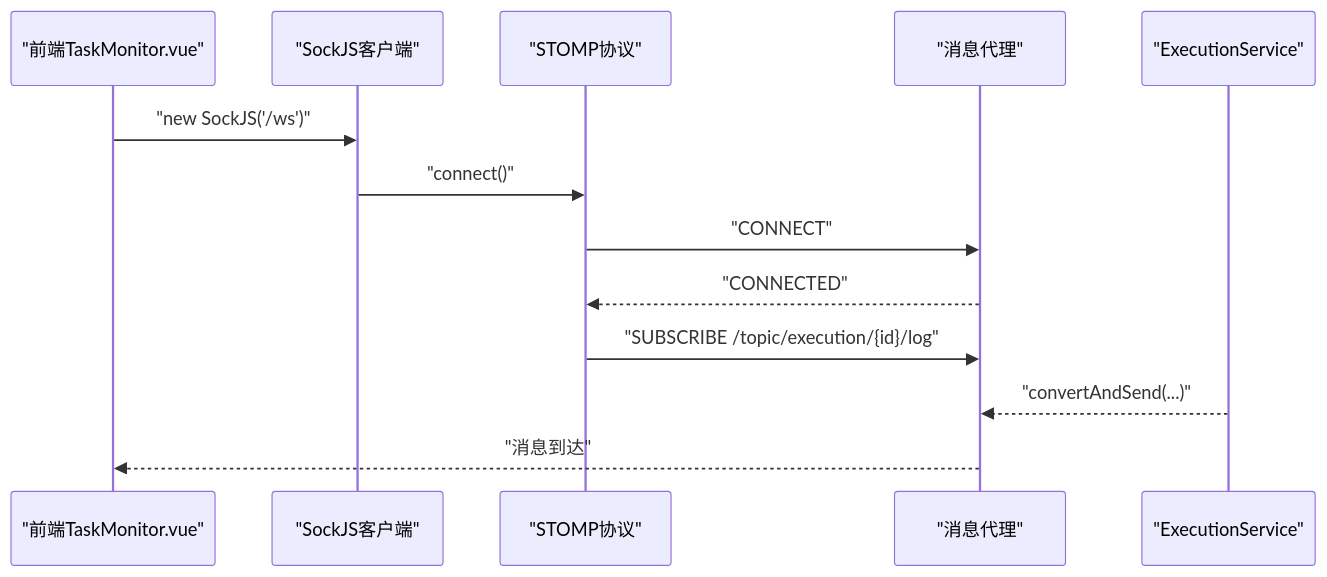
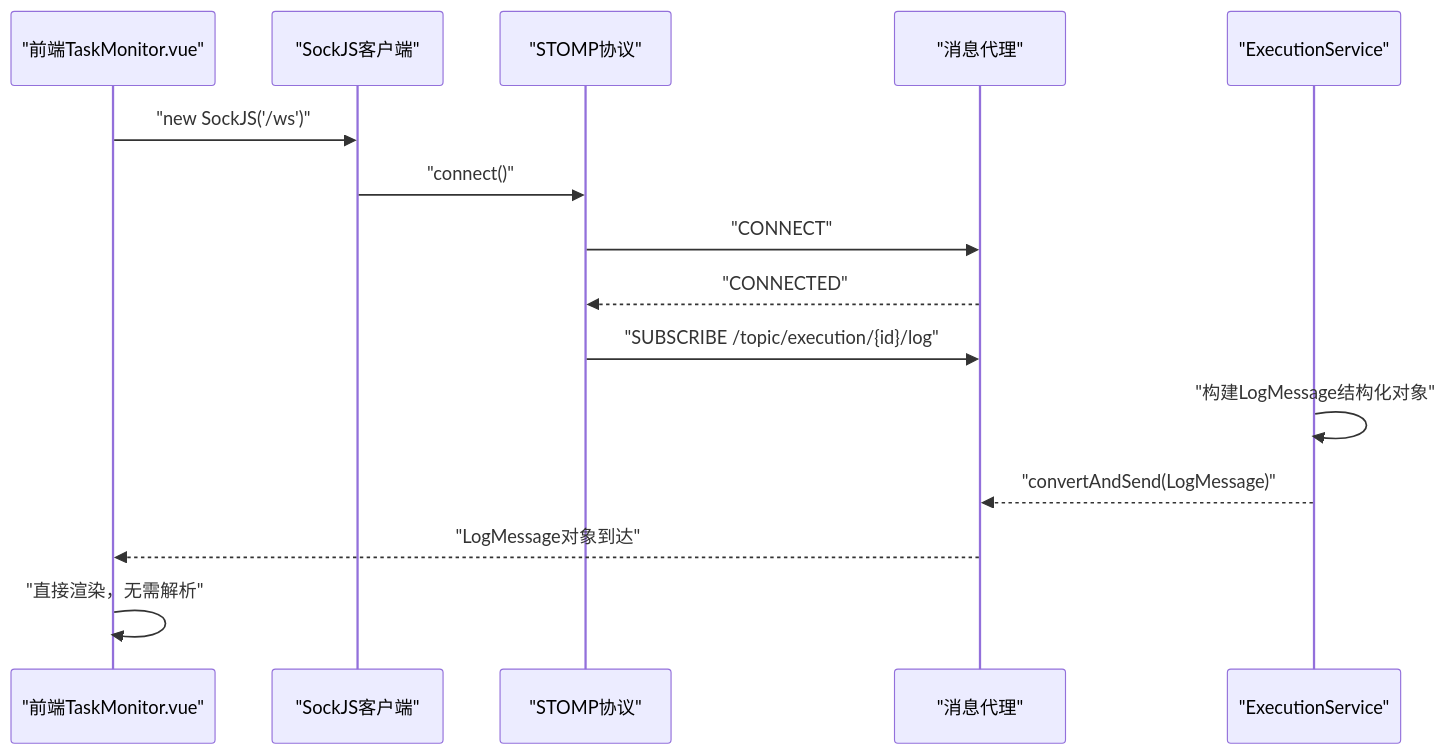
The fifth of 6 diagrams in .qoder/repowiki/zh/content/核心功能模块/执行监控系统.md (zzjxmy/mysql-risk-filed-check), drawn with Mermaid before and after one commit. The commit also changed other lines of this file and 6 other files, not shown here.

````diff
--- a/.qoder/repowiki/zh/content/核心功能模块/执行监控系统.md
+++ b/.qoder/repowiki/zh/content/核心功能模块/执行监控系统.md
@@ -255,15 +271,17 @@
 ```mermaid
 sequenceDiagram
 participant FE as "前端TaskMonitor.vue"
 participant SockJS as "SockJS客户端"
 participant STOMP as "STOMP协议"
 participant Broker as "消息代理"
 participant BE as "ExecutionService"
 FE->>SockJS : "new SockJS('/ws')"
 SockJS->>STOMP : "connect()"
 STOMP->>Broker : "CONNECT"
 Broker-->>STOMP : "CONNECTED"
 STOMP->>Broker : "SUBSCRIBE /topic/execution/{id}/log"
-BE-->>Broker : "convertAndSend(...)"
-Broker-->>FE : "消息到达"
+BE->>BE : "构建LogMessage结构化对象"
+BE-->>Broker : "convertAndSend(LogMessage)"
+Broker-->>FE : "LogMessage对象到达"
+FE->>FE : "直接渲染，无需解析"
 ```
````
